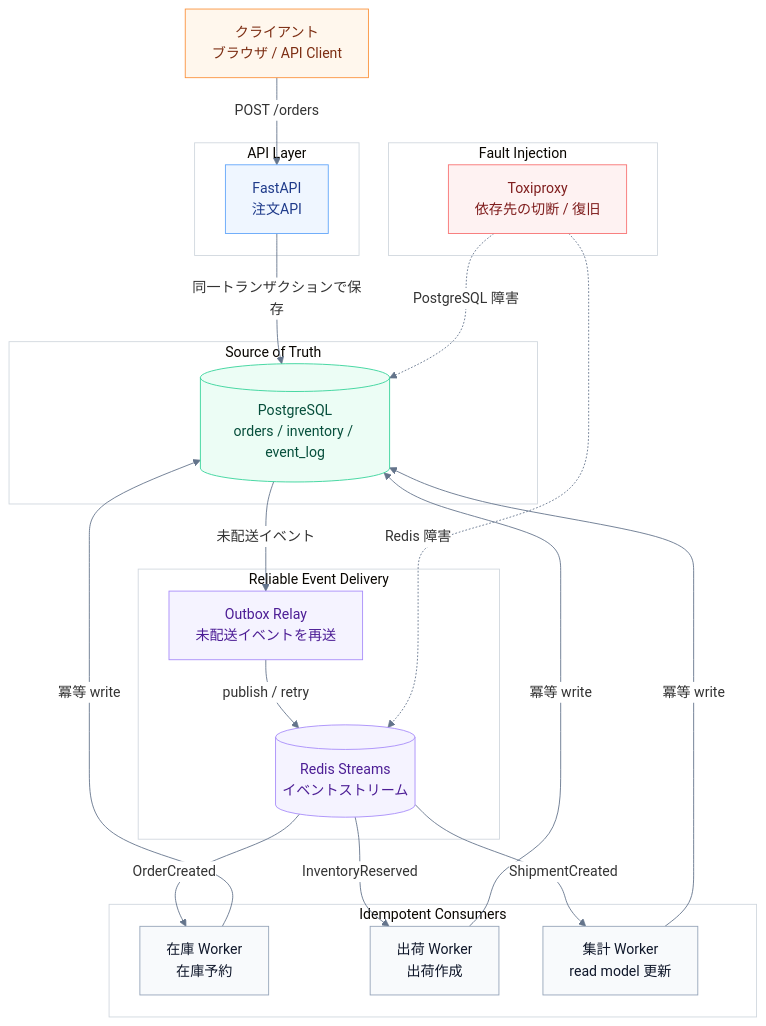
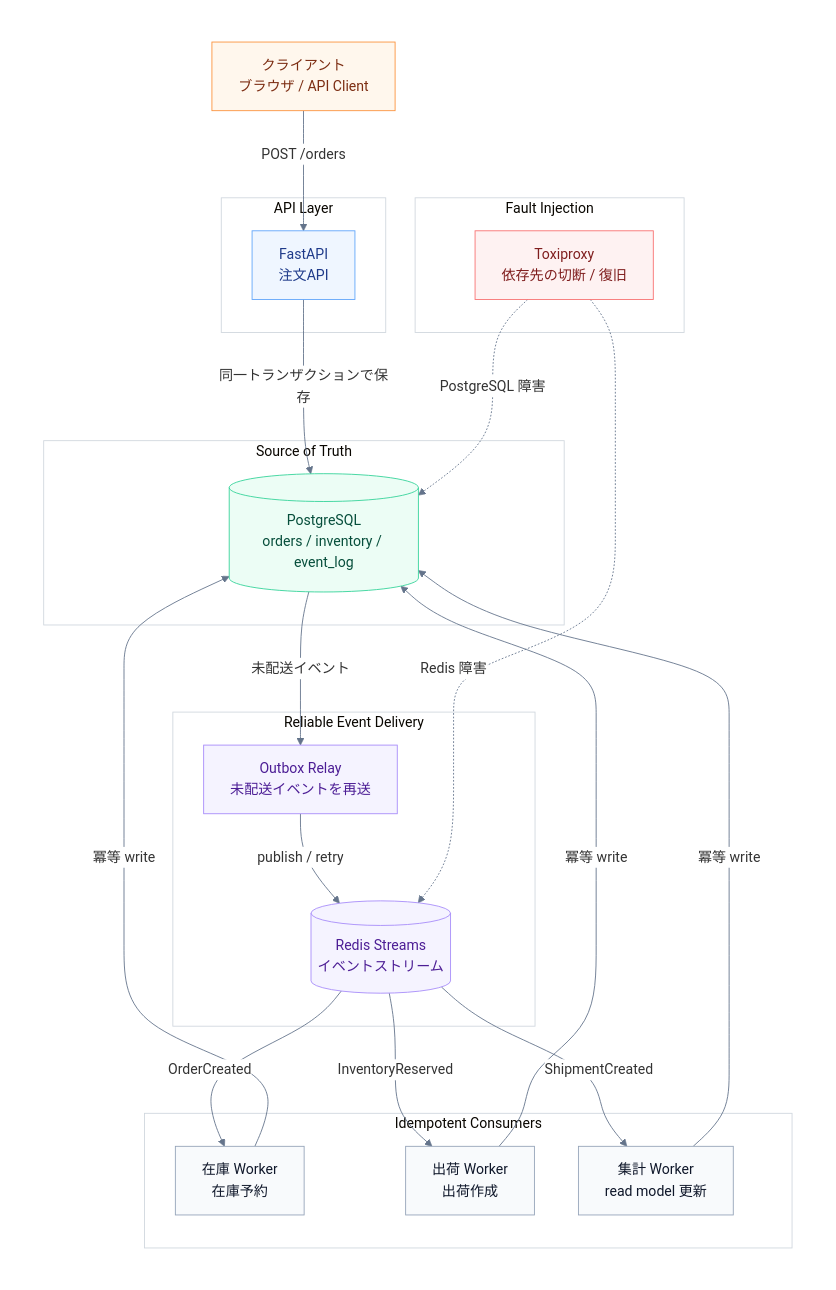
One commit to murakami9916/event-driven-mini-ec changed the diagram in README.md. Above: the diagram before and after it, drawn with Mermaid.

Commit message:
ダークテーマに対応

````diff
--- a/README.md
+++ b/README.md
@@ -10,55 +10,59 @@
 ```mermaid
-%%{init: {"theme": "base", "themeVariables": {"background": "#ffffff", "darkMode": false, "mainBkg": "#ffffff", "clusterBkg": "#ffffff", "clusterBorder": "#d0d7de", "lineColor": "#64748b", "textColor": "#0f172a", "edgeLabelBackground": "#ffffff"}}}%%
+%%{init: {"theme": "base", "themeCSS": "svg { background-color: #ffffff !important; }", "themeVariables": {"background": "#ffffff", "darkMode": false, "mainBkg": "#ffffff", "clusterBkg": "#ffffff", "clusterBorder": "#d0d7de", "lineColor": "#64748b", "textColor": "#0f172a", "edgeLabelBackground": "#ffffff"}}}%%
 flowchart TB
-    Client["クライアント<br/>ブラウザ / API Client"]
+    subgraph Canvas[" "]
+        direction TB
+        Client["クライアント<br/>ブラウザ / API Client"]
 
-    subgraph ApiLayer["API Layer"]
-        API["FastAPI<br/>注文API"]
+        subgraph ApiLayer["API Layer"]
+            API["FastAPI<br/>注文API"]
+        end
+
+        subgraph SourceOfTruth["Source of Truth"]
+            PG[(PostgreSQL<br/>orders / inventory / event_log)]
+        end
+
+        subgraph EventDelivery["Reliable Event Delivery"]
+            Relay["Outbox Relay<br/>未配送イベントを再送"]
+            Redis[(Redis Streams<br/>イベントストリーム)]
+        end
+
+        subgraph Consumers["Idempotent Consumers"]
+            Inventory["在庫 Worker<br/>在庫予約"]
+            Shipping["出荷 Worker<br/>出荷作成"]
+            Projection["集計 Worker<br/>read model 更新"]
+        end
+
+        subgraph FaultInjection["Fault Injection"]
+            Toxi["Toxiproxy<br/>依存先の切断 / 復旧"]
+        end
+
+        Client -->|"POST /orders"| API
+        API -->|"同一トランザクションで保存"| PG
+        PG -->|"未配送イベント"| Relay
+        Relay -->|"publish / retry"| Redis
+        Redis -->|"OrderCreated"| Inventory
+        Redis -->|"InventoryReserved"| Shipping
+        Redis -->|"ShipmentCreated"| Projection
+        Inventory -->|"冪等 write"| PG
+        Shipping -->|"冪等 write"| PG
+        Projection -->|"冪等 write"| PG
+        Toxi -.->|"PostgreSQL 障害"| PG
+        Toxi -.->|"Redis 障害"| Redis
     end
-
-    subgraph SourceOfTruth["Source of Truth"]
-        PG[(PostgreSQL<br/>orders / inventory / event_log)]
-    end
-
-    subgraph EventDelivery["Reliable Event Delivery"]
-        Relay["Outbox Relay<br/>未配送イベントを再送"]
-        Redis[(Redis Streams<br/>イベントストリーム)]
-    end
-
-    subgraph Consumers["Idempotent Consumers"]
-        Inventory["在庫 Worker<br/>在庫予約"]
-        Shipping["出荷 Worker<br/>出荷作成"]
-        Projection["集計 Worker<br/>read model 更新"]
-    end
-
-    subgraph FaultInjection["Fault Injection"]
-        Toxi["Toxiproxy<br/>依存先の切断 / 復旧"]
-    end
-
-    Client -->|"POST /orders"| API
-    API -->|"同一トランザクションで保存"| PG
-    PG -->|"未配送イベント"| Relay
-    Relay -->|"publish / retry"| Redis
-    Redis -->|"OrderCreated"| Inventory
-    Redis -->|"InventoryReserved"| Shipping
-    Redis -->|"ShipmentCreated"| Projection
-    Inventory -->|"冪等 write"| PG
-    Shipping -->|"冪等 write"| PG
-    Projection -->|"冪等 write"| PG
-    Toxi -.->|"PostgreSQL 障害"| PG
-    Toxi -.->|"Redis 障害"| Redis
 
     class Client actor
     class API api
     class PG store
     class Relay,Redis delivery
     class Inventory,Shipping,Projection worker
     class Toxi fault
 
     classDef actor fill:#fff7ed,stroke:#fb923c,stroke-width:1px,color:#7c2d12;
     classDef api fill:#eff6ff,stroke:#60a5fa,stroke-width:1px,color:#1e3a8a;
     classDef store fill:#ecfdf5,stroke:#34d399,stroke-width:1px,color:#064e3b;
     classDef delivery fill:#f5f3ff,stroke:#a78bfa,stroke-width:1px,color:#4c1d95;
     classDef worker fill:#f8fafc,stroke:#94a3b8,stroke-width:1px,color:#0f172a;
     classDef fault fill:#fef2f2,stroke:#f87171,stroke-width:1px,color:#7f1d1d;
+    style Canvas fill:#ffffff,stroke:#ffffff,color:#ffffff;
 ```
````
